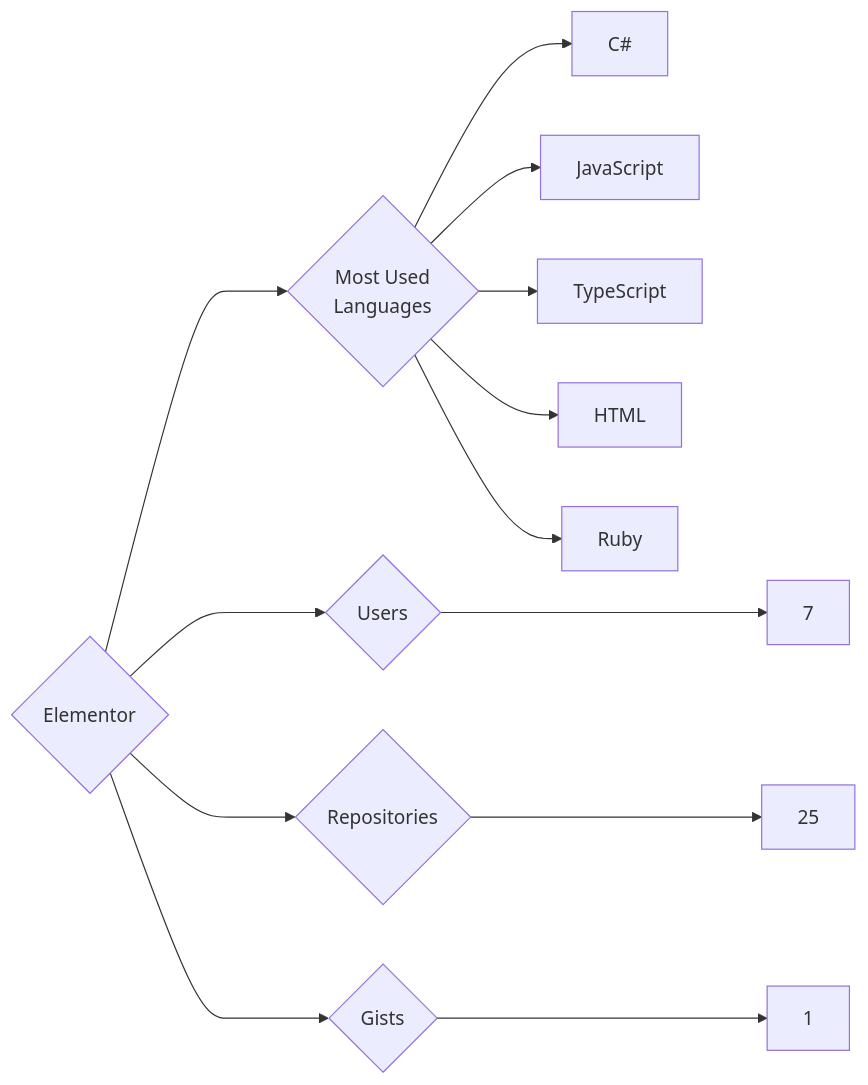
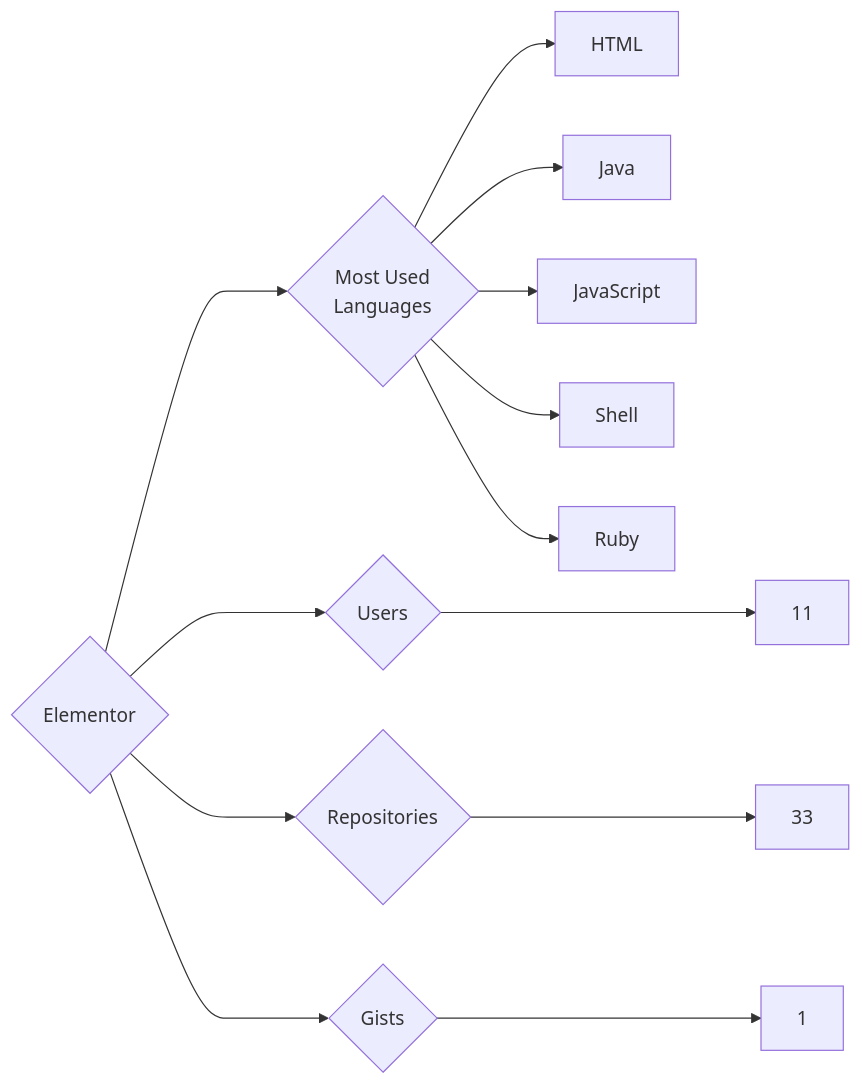
The diagram in targets/Elementor/README.md (trickest/insiders), drawn with Mermaid before and after one commit. The commit also changed 1003 other files, not shown here.

````diff
--- a/targets/Elementor/README.md
+++ b/targets/Elementor/README.md
@@ -3,13 +3,13 @@
 ```mermaid
 graph LR
 COMPANY_NAME{Elementor}
-COMPANY_NAME ---> U{Users} ---> UN[7]
-COMPANY_NAME ---> R{Repositories} ---> RN[25]
+COMPANY_NAME ---> U{Users} ---> UN[11]
+COMPANY_NAME ---> R{Repositories} ---> RN[33]
 COMPANY_NAME ---> G{Gists} ---> GN[1]
 COMPANY_NAME ---> ML{Most Used<br>Languages}
-ML --> C#[C#]
+ML --> HTML[HTML]
+ML --> Java[Java]
 ML --> JavaScript[JavaScript]
-ML --> TypeScript[TypeScript]
-ML --> HTML[HTML]
+ML --> Shell[Shell]
 ML --> Ruby[Ruby]
 ```
````
